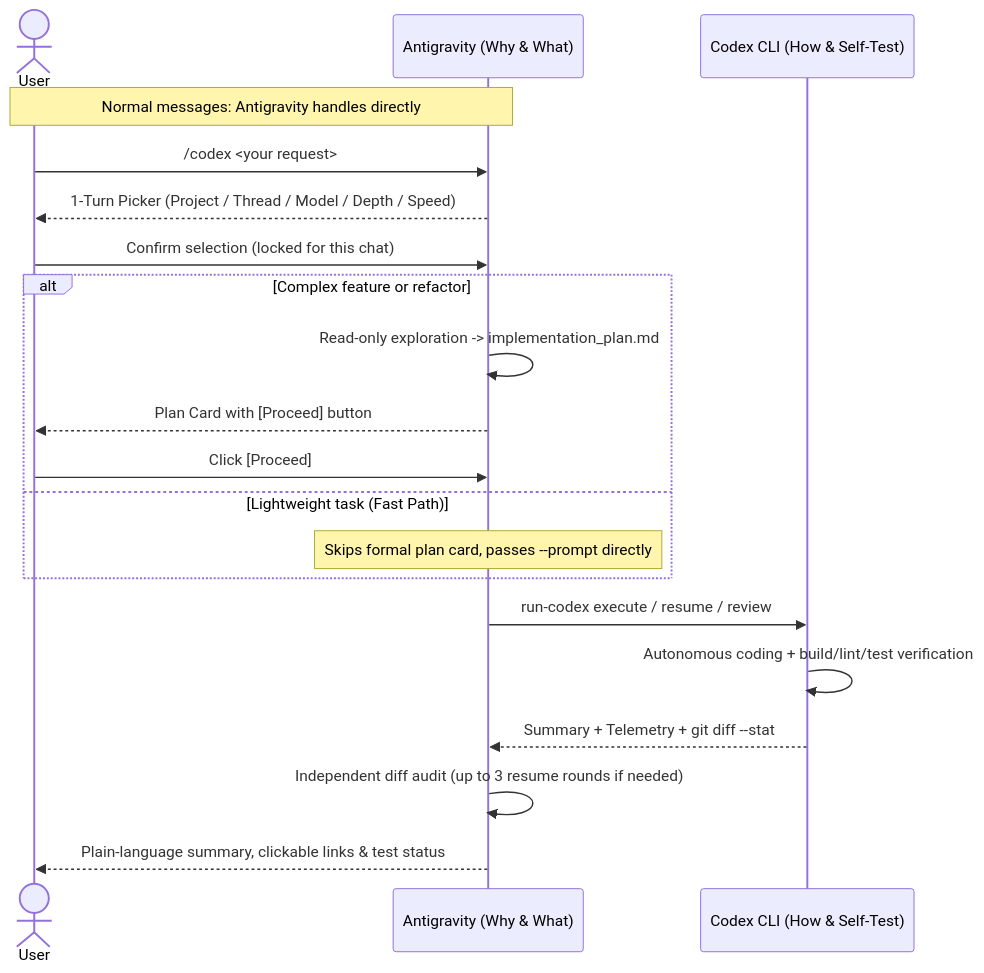
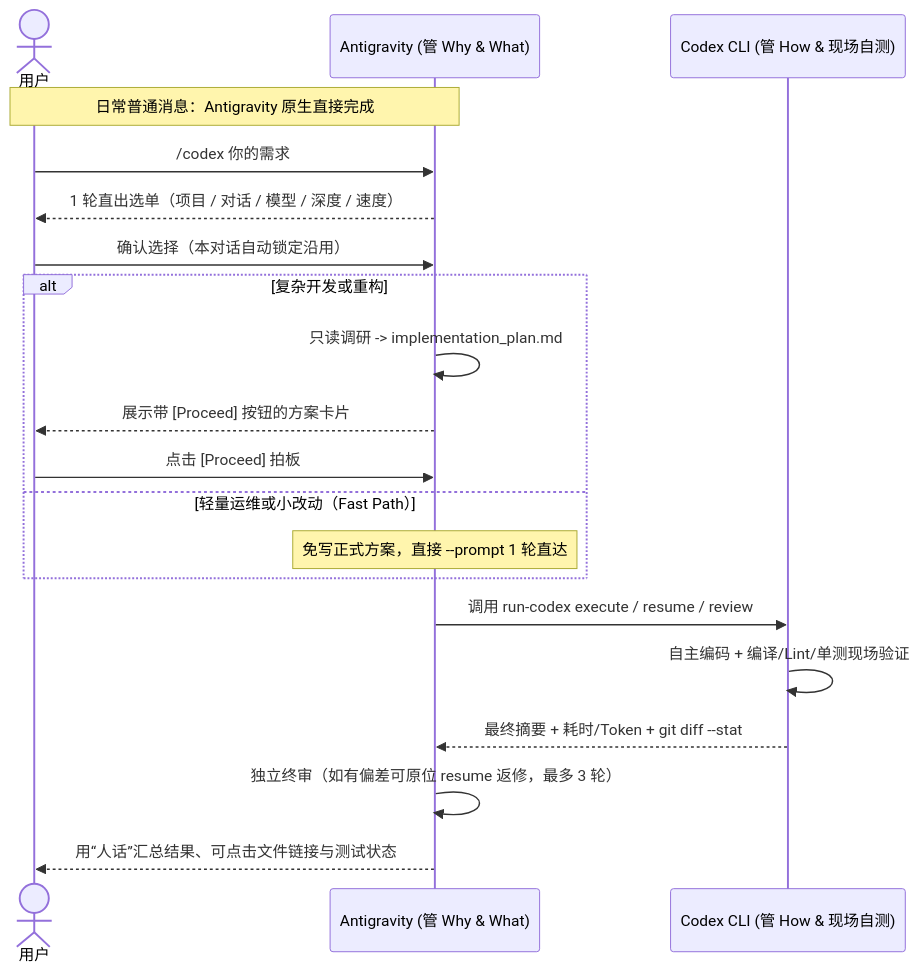
Before and after one commit to 19zbhy/antigravity-codex: the diagram in README.md, drawn with Mermaid. The commit also changed other lines of this file and 3 other files, not shown here.

````diff
--- a/README.md
+++ b/README.md
@@ -117,23 +117,23 @@
 ```mermaid
 sequenceDiagram
-    actor User as User
-    participant Antigravity as Antigravity (Why & What)
-    participant Codex as Codex CLI (How & Self-Test)
+    actor User as 用户
+    participant Antigravity as Antigravity (管 Why & What)
+    participant Codex as Codex CLI (管 How & 现场自测)
 
-    Note over User,Antigravity: Normal messages: Antigravity handles directly
-    User->>Antigravity: /codex <your request>
-    Antigravity-->>User: 1-Turn Picker (Project / Thread / Model / Depth / Speed)
-    User->>Antigravity: Confirm selection (locked for this chat)
-    alt Complex feature or refactor
-        Antigravity->>Antigravity: Read-only exploration -> implementation_plan.md
-        Antigravity-->>User: Plan Card with [Proceed] button
-        User->>Antigravity: Click [Proceed]
-    else Lightweight task (Fast Path)
-        Note over Antigravity: Skips formal plan card, passes --prompt directly
+    Note over User,Antigravity: 日常普通消息：Antigravity 原生直接完成
+    User->>Antigravity: /codex 你的需求
+    Antigravity-->>User: 1 轮直出选单（项目 / 对话 / 模型 / 深度 / 速度）
+    User->>Antigravity: 确认选择（本对话自动锁定沿用）
+    alt 复杂开发或重构
+        Antigravity->>Antigravity: 只读调研 -> implementation_plan.md
+        Antigravity-->>User: 展示带 [Proceed] 按钮的方案卡片
+        User->>Antigravity: 点击 [Proceed] 拍板
+    else 轻量运维或小改动（Fast Path）
+        Note over Antigravity: 免写正式方案，直接 --prompt 1 轮直达
     end
-    Antigravity->>Codex: run-codex execute / resume / review
-    Codex->>Codex: Autonomous coding + build/lint/test verification
-    Codex-->>Antigravity: Summary + Telemetry + git diff --stat
-    Antigravity->>Antigravity: Independent diff audit (up to 3 resume rounds if needed)
-    Antigravity-->>User: Plain-language summary, clickable links & test status
+    Antigravity->>Codex: 调用 run-codex execute / resume / review
+    Codex->>Codex: 自主编码 + 编译/Lint/单测现场验证
+    Codex-->>Antigravity: 最终摘要 + 耗时/Token + git diff --stat
+    Antigravity->>Antigravity: 独立终审（如有偏差可原位 resume 返修，最多 3 轮）
+    Antigravity-->>User: 用“人话”汇总结果、可点击文件链接与测试状态
 ```
````
